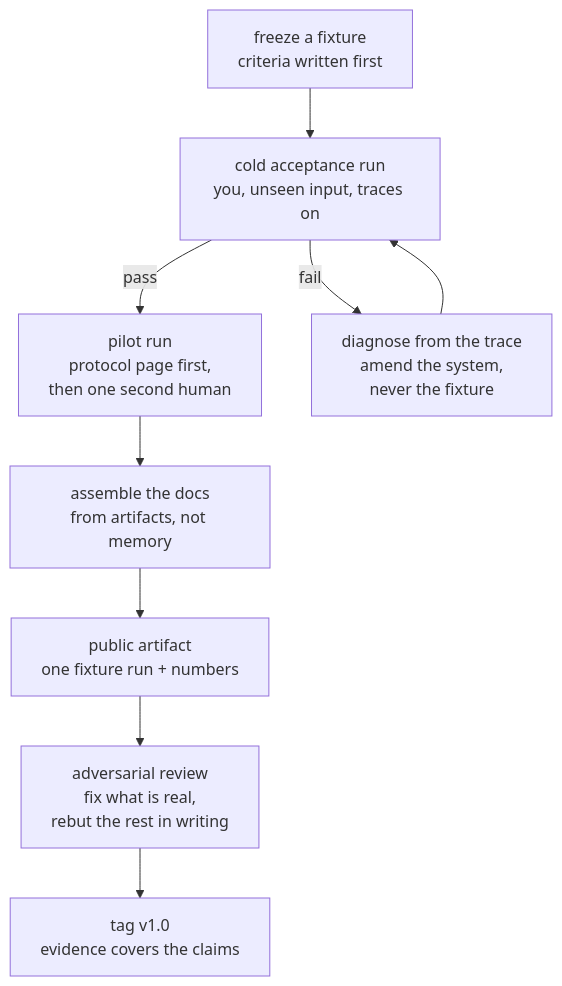
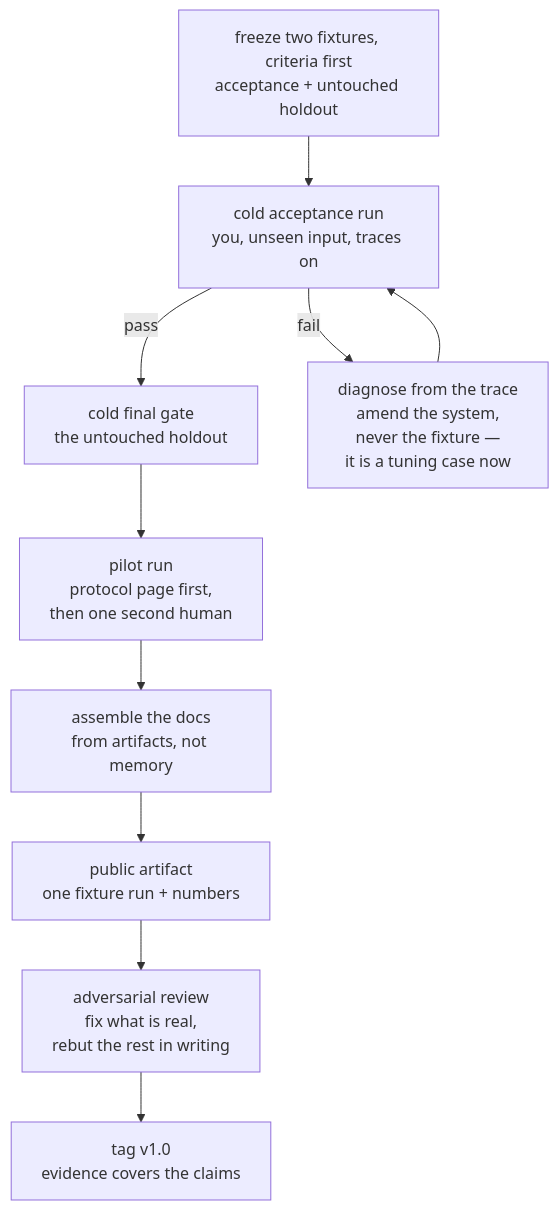
Before and after one commit to macayaven/agent-harness-path: the first of 2 diagrams in lessons/src/S14-ship-and-pilot.md, drawn with Mermaid. The commit also changed other lines of this file and 150 other files, not shown here.

````diff
--- a/lessons/src/S14-ship-and-pilot.md
+++ b/lessons/src/S14-ship-and-pilot.md
@@ -74,11 +80,12 @@
 ```mermaid
 flowchart TD
-    A[freeze a fixture<br/>criteria written first] --> B[cold acceptance run<br/>you, unseen input, traces on]
-    B -- pass --> C[pilot run<br/>protocol page first,<br/>then one second human]
-    B -- fail --> D[diagnose from the trace<br/>amend the system,<br/>never the fixture]
+    A[freeze two fixtures, criteria first<br/>acceptance + untouched holdout] --> B[cold acceptance run<br/>you, unseen input, traces on]
+    B -- pass --> K[cold final gate<br/>the untouched holdout]
+    B -- fail --> D[diagnose from the trace<br/>amend the system,<br/>never the fixture —<br/>it is a tuning case now]
     D --> B
+    K --> C[pilot run<br/>protocol page first,<br/>then one second human]
     C --> E[assemble the docs<br/>from artifacts, not memory]
     E --> F[public artifact<br/>one fixture run + numbers]
     F --> G[adversarial review<br/>fix what is real,<br/>rebut the rest in writing]
     G --> H[tag v1.0<br/>evidence covers the claims]
 ```
````
